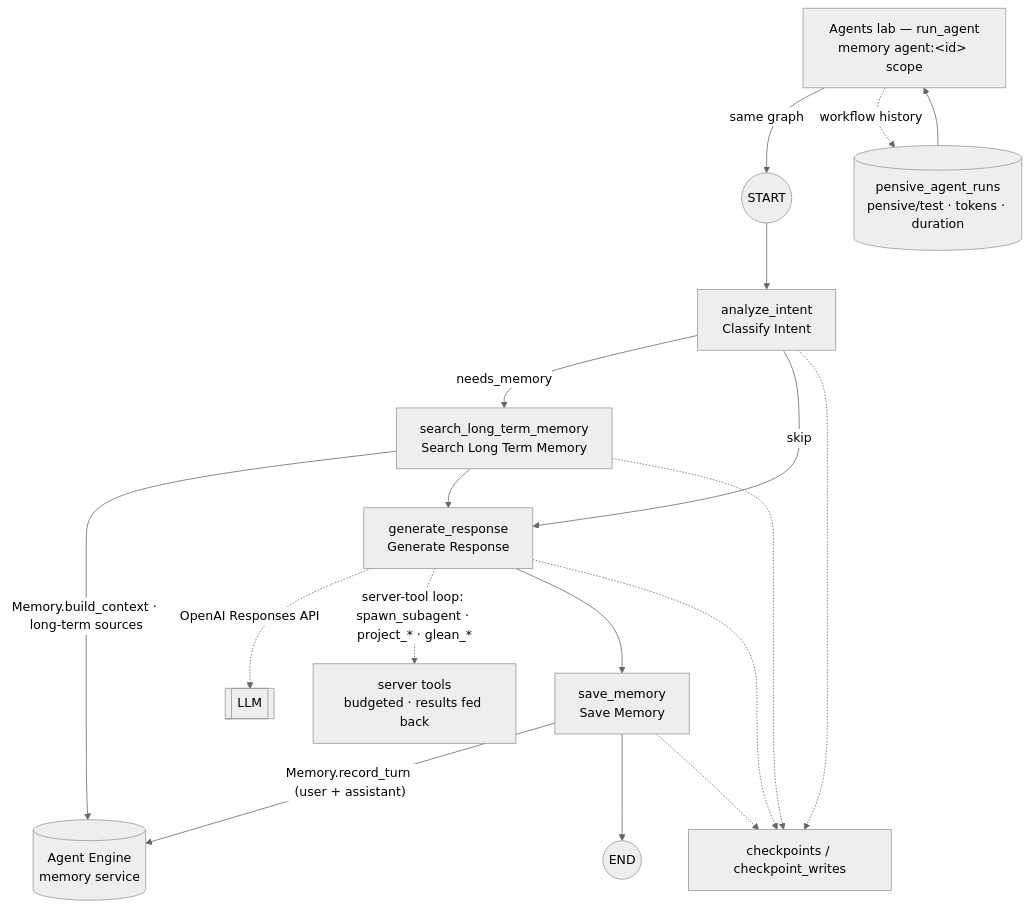
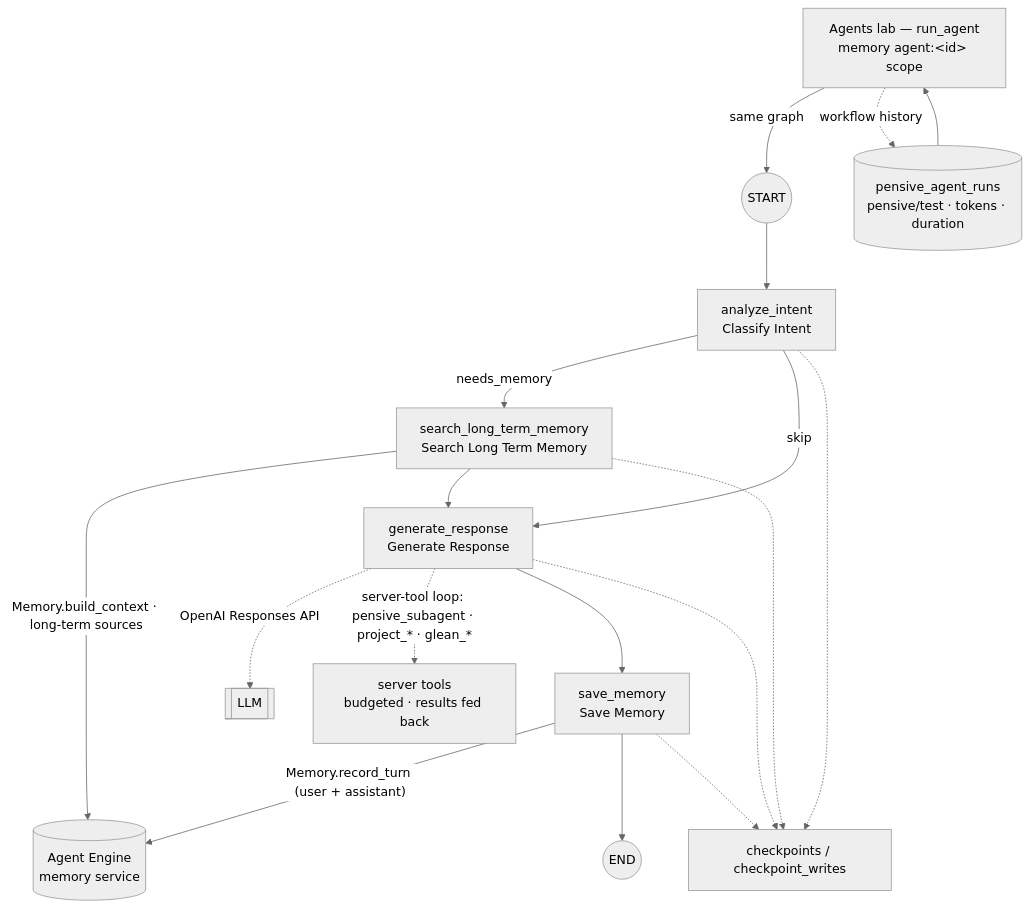
One commit to newellbrandon/pensive-memory changed the second of 2 diagrams in README.md. Above: the diagram before and after it, drawn with Mermaid (neutral theme). The commit also changed other lines of this file and 5 other files, not shown here.

First line of the commit message:
fix: rename Pensive's delegation tool to pensive_subagent

````diff
--- a/README.md
+++ b/README.md
@@ -47,26 +47,26 @@
 ```mermaid
 flowchart TD
   startNode((START)) --> analyze["analyze_intent<br/>Classify Intent"]
 
   analyze -->|"needs_memory"| search["search_long_term_memory<br/>Search Long Term Memory"]
   analyze -->|"skip"| generate["generate_response<br/>Generate Response"]
 
   search -->|"Memory.build_context · long-term sources"| memsvc[("Agent Engine<br/>memory service")]
   search --> generate
 
   generate -.->|"OpenAI Responses API"| llmNode[["LLM"]]
-  generate -.->|"server-tool loop: spawn_subagent · project_* · glean_*"| serverTools["server tools<br/>budgeted · results fed back"]
+  generate -.->|"server-tool loop: pensive_subagent · project_* · glean_*"| serverTools["server tools<br/>budgeted · results fed back"]
   generate --> save["save_memory<br/>Save Memory"]
 
   save -->|"Memory.record_turn (user + assistant)"| memsvc
   save --> endNode((END))
 
   agentLab["Agents lab — run_agent<br/>memory agent:&lt;id&gt; scope"] -->|"same graph"| startNode
   agentLab -.->|"workflow history"| runs2[("pensive_agent_runs<br/>pensive/test · tokens · duration")]
   runs2 --> agentLab
 
   analyze -.-> cpNote["checkpoints / checkpoint_writes"]
   search -.-> cpNote
   generate -.-> cpNote
   save -.-> cpNote
 ```
````
